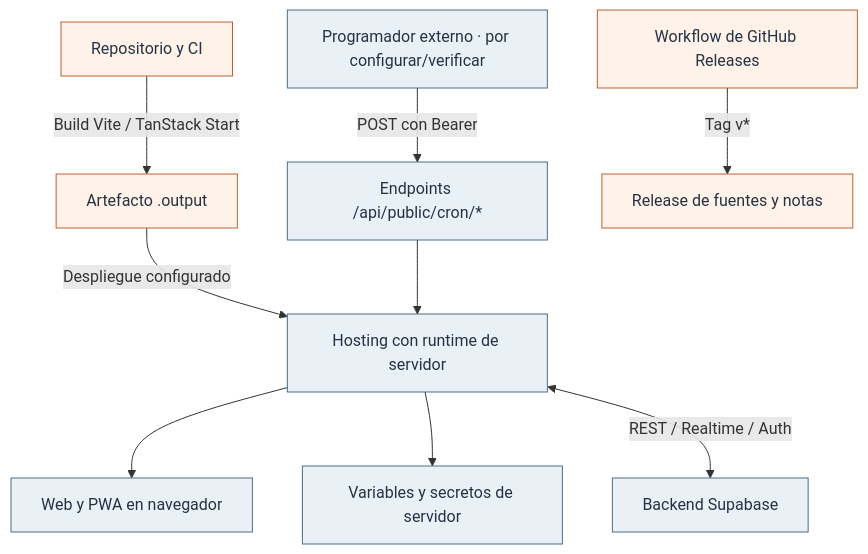
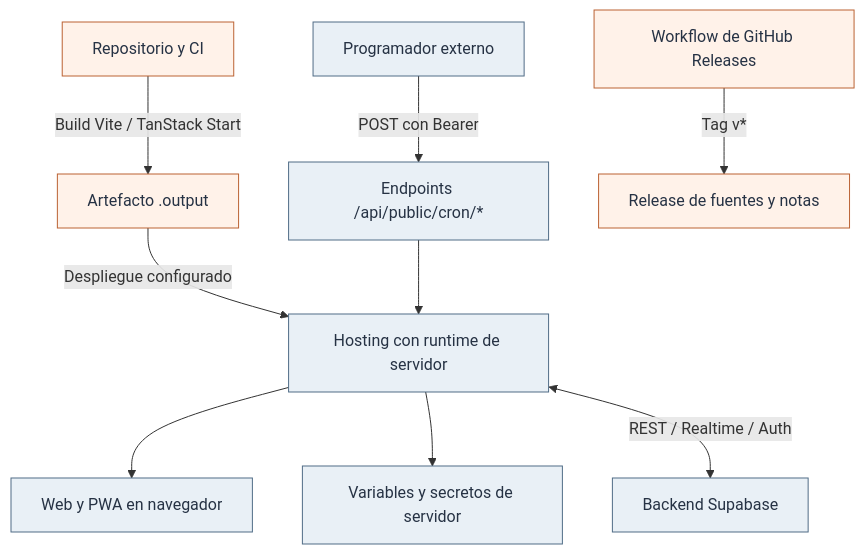
The fourth of 4 diagrams in docs/tecnica/01-arquitectura.md (NicoCG32/Cumpita), drawn with Mermaid before and after one commit. The commit also changed other lines of this file and 18 other files, not shown here.

````diff
--- a/docs/tecnica/01-arquitectura.md
+++ b/docs/tecnica/01-arquitectura.md
@@ -98,15 +98,15 @@
 ```mermaid
 flowchart TB
     DEV[Repositorio y CI] -->|Build Vite / TanStack Start| OUT[Artefacto .output]
     OUT -->|Despliegue configurado| HOST[Hosting con runtime de servidor]
     HOST --> WEB[Web y PWA en navegador]
     HOST --> ENV[Variables y secretos de servidor]
     HOST <-->|REST / Realtime / Auth| DB[Backend Supabase]
-    SCHED[Programador externo · por configurar/verificar] -->|POST con Bearer| CRON[Endpoints /api/public/cron/*]
+    SCHED[Programador externo] -->|POST con Bearer| CRON[Endpoints /api/public/cron/*]
     CRON --> HOST
     CI[Workflow de GitHub Releases] -->|Tag v*| SRC[Release de fuentes y notas]
     classDef release fill:#fff2e9,stroke:#bb6233,color:#263244;
     classDef infra fill:#e9f0f6,stroke:#506c86,color:#263244;
     class DEV,OUT,CI,SRC release;
     class HOST,WEB,ENV,DB,SCHED,CRON infra;
 ```
````
